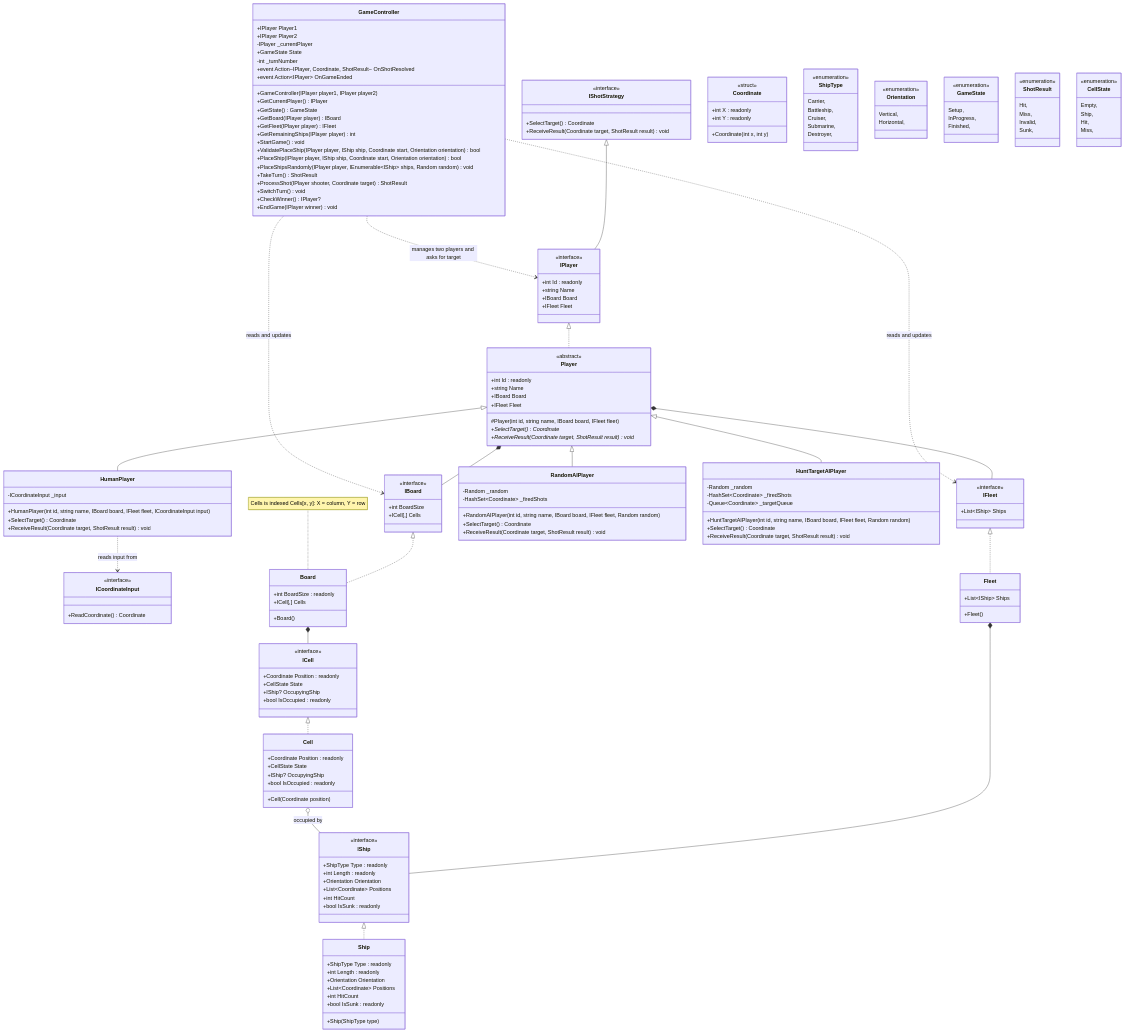
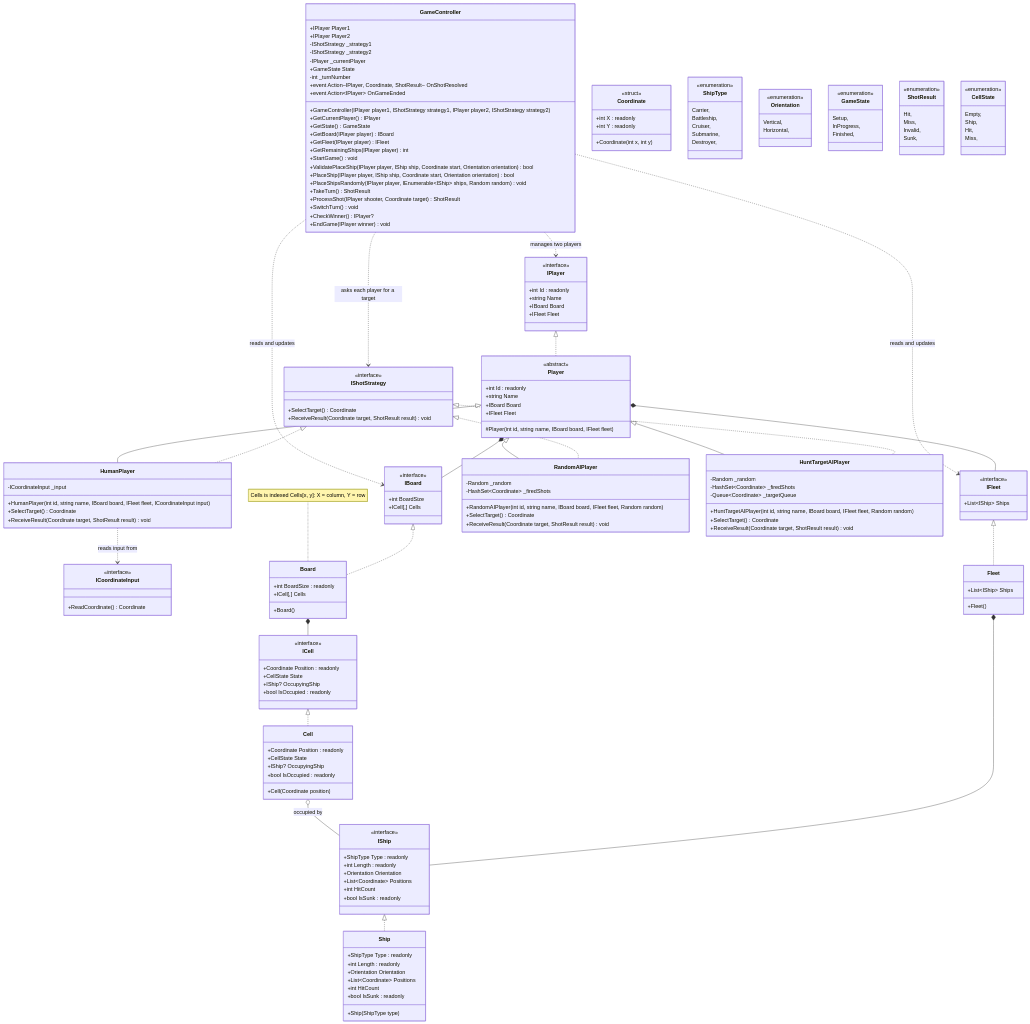
The diagram in Project/IndividualProject/Battleship/battleship.v2.mmd (Drafaund/Batch-21), drawn with Mermaid before and after one commit. The commit also changed 13 other files, not shown here.

Commit message:
feat: Added Battleship GameController and tests

```diff
--- a/Project/IndividualProject/Battleship/battleship.v2.mmd
+++ b/Project/IndividualProject/Battleship/battleship.v2.mmd
@@ -1,196 +1,199 @@
 classDiagram
-    GameController ..> IPlayer : manages two players and asks for target
+    GameController ..> IPlayer : manages two players
+    GameController ..> IShotStrategy : asks each player for a target
     GameController ..> IBoard : reads and updates
     GameController ..> IFleet : reads and updates
 
-    IShotStrategy <|-- IPlayer
     IPlayer <|.. Player
     Player <|-- HumanPlayer
     Player <|-- RandomAIPlayer
     Player <|-- HuntTargetAIPlayer
+    IShotStrategy <|.. HumanPlayer
+    IShotStrategy <|.. RandomAIPlayer
+    IShotStrategy <|.. HuntTargetAIPlayer
     HumanPlayer ..> ICoordinateInput : reads input from
 
     Player *-- IBoard
     Player *-- IFleet
 
     IBoard <|.. Board
     Board *-- ICell
     ICell <|.. Cell
     Cell o-- IShip : occupied by
     IFleet <|.. Fleet
     Fleet *-- IShip
     IShip <|.. Ship
 
     class GameController {
         +IPlayer Player1
         +IPlayer Player2
+        -IShotStrategy _strategy1
+        -IShotStrategy _strategy2
         -IPlayer _currentPlayer
         +GameState State
         -int _turnNumber
 
         +event Action~IPlayer, Coordinate, ShotResult~ OnShotResolved
         +event Action~IPlayer~ OnGameEnded
 
-        +GameController(IPlayer player1, IPlayer player2)
+        +GameController(IPlayer player1, IShotStrategy strategy1, IPlayer player2, IShotStrategy strategy2)
 
         +GetCurrentPlayer() IPlayer
         +GetState() GameState
         +GetBoard(IPlayer player) IBoard
         +GetFleet(IPlayer player) IFleet
         +GetRemainingShips(IPlayer player) int
         +StartGame() void
         +ValidatePlaceShip(IPlayer player, IShip ship, Coordinate start, Orientation orientation) bool
         +PlaceShip(IPlayer player, IShip ship, Coordinate start, Orientation orientation) bool
         +PlaceShipsRandomly(IPlayer player, IEnumerable~IShip~ ships, Random random) void
         +TakeTurn() ShotResult
         +ProcessShot(IPlayer shooter, Coordinate target) ShotResult
         +SwitchTurn() void
         +CheckWinner() IPlayer?
         +EndGame(IPlayer winner) void
     }
     class IShotStrategy {
         <<interface>>
         +SelectTarget() Coordinate
         +ReceiveResult(Coordinate target, ShotResult result) void
     }
     class IPlayer {
         <<interface>>
         +int Id : readonly
         +string Name
         +IBoard Board
         +IFleet Fleet
     }
     class Player {
         <<abstract>>
         +int Id : readonly
         +string Name
         +IBoard Board
         +IFleet Fleet
 
         #Player(int id, string name, IBoard board, IFleet fleet)
-        +SelectTarget() Coordinate*
-        +ReceiveResult(Coordinate target, ShotResult result) void*
     }
     class HumanPlayer {
         -ICoordinateInput _input
 
         +HumanPlayer(int id, string name, IBoard board, IFleet fleet, ICoordinateInput input)
         +SelectTarget() Coordinate
         +ReceiveResult(Coordinate target, ShotResult result) void
     }
     class RandomAIPlayer {
         -Random _random
         -HashSet~Coordinate~ _firedShots
 
         +RandomAIPlayer(int id, string name, IBoard board, IFleet fleet, Random random)
         +SelectTarget() Coordinate
         +ReceiveResult(Coordinate target, ShotResult result) void
     }
     class HuntTargetAIPlayer {
         -Random _random
         -HashSet~Coordinate~ _firedShots
         -Queue~Coordinate~ _targetQueue
 
         +HuntTargetAIPlayer(int id, string name, IBoard board, IFleet fleet, Random random)
         +SelectTarget() Coordinate
         +ReceiveResult(Coordinate target, ShotResult result) void
     }
     class ICoordinateInput {
         <<interface>>
         +ReadCoordinate() Coordinate
     }
     class IBoard {
         <<interface>>
         +int BoardSize
         +ICell[,] Cells
     }
     class Board {
         +int BoardSize : readonly
         +ICell[,] Cells
 
         +Board()
     }
     note for Board "Cells is indexed Cells[x, y]: X = column, Y = row"
     class ICell {
         <<interface>>
         +Coordinate Position : readonly
         +CellState State
         +IShip? OccupyingShip
         +bool IsOccupied : readonly
     }
     class Cell {
         +Coordinate Position : readonly
         +CellState State
         +IShip? OccupyingShip
         +bool IsOccupied : readonly
 
         +Cell(Coordinate position)
     }
     class IFleet {
         <<interface>>
         +List~IShip~ Ships
     }
     class Fleet {
         +List~IShip~ Ships
 
         +Fleet()
     }
     class IShip {
         <<interface>>
         +ShipType Type : readonly
         +int Length : readonly
         +Orientation Orientation
         +List~Coordinate~ Positions
         +int HitCount
         +bool IsSunk : readonly
     }
     class Ship {
         +ShipType Type : readonly
         +int Length : readonly
         +Orientation Orientation
         +List~Coordinate~ Positions
         +int HitCount
         +bool IsSunk : readonly
 
         +Ship(ShipType type)
     }
     class Coordinate {
         <<struct>>
         +int X : readonly
         +int Y : readonly
 
         +Coordinate(int x, int y)
     }
     class ShipType {
         <<enumeration>>
         Carrier,
         Battleship,
         Cruiser,
         Submarine,
         Destroyer,
     }
     class Orientation {
         <<enumeration>>
         Vertical,
         Horizontal,
     }
     class GameState {
         <<enumeration>>
         Setup,
         InProgress,
         Finished,
     }
     class ShotResult {
         <<enumeration>>
         Hit,
         Miss,
         Invalid,
         Sunk,
     }
     class CellState {
         <<enumeration>>
         Empty,
         Ship,
         Hit,
         Miss,
     }
```
